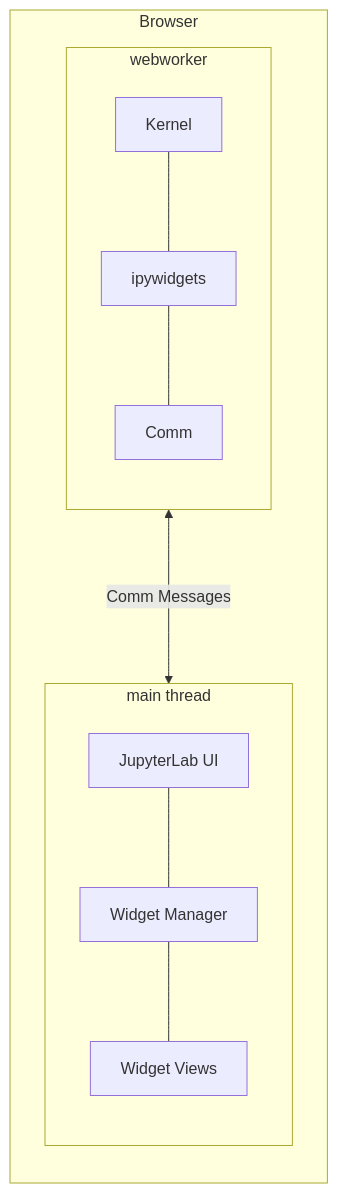
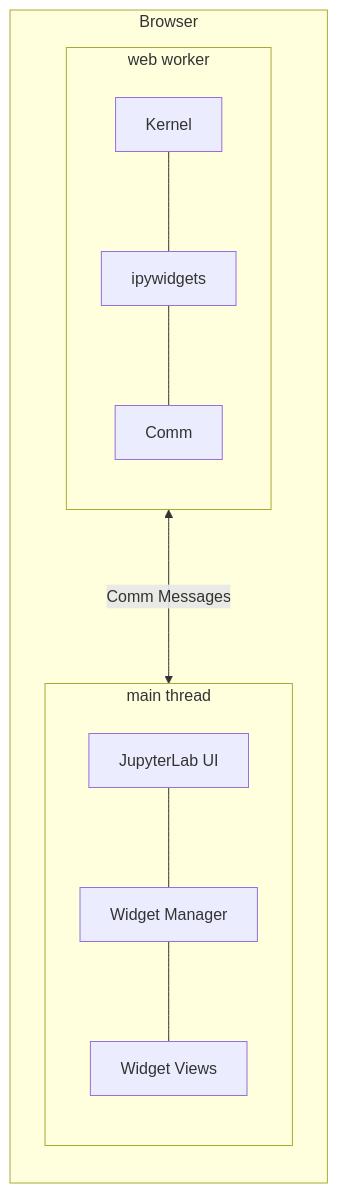
One commit to erkin98/jupyterlite changed the first of 3 diagrams in docs/reference/ipywidgets.md. Above: the diagram before and after it, drawn with Mermaid. The commit also changed other lines of this file, not shown here.

Commit message:
docs: fix code review feedback - capitalization and mermaid diagram

````diff
--- a/docs/reference/ipywidgets.md
+++ b/docs/reference/ipywidgets.md
@@ -23,18 +23,18 @@
 ```{mermaid}
 flowchart LR
     subgraph Browser
         subgraph main thread
             direction TB
             M[JupyterLab UI]
             M --- WM[Widget Manager]
             WM --- V[Widget Views]
         end
-        subgraph webworker
+        subgraph web worker
             direction TB
             K[Kernel]
             K --- IW[ipywidgets]
             IW --- C[Comm]
         end
     end
     C <--->|Comm Messages| WM
 ```
````
